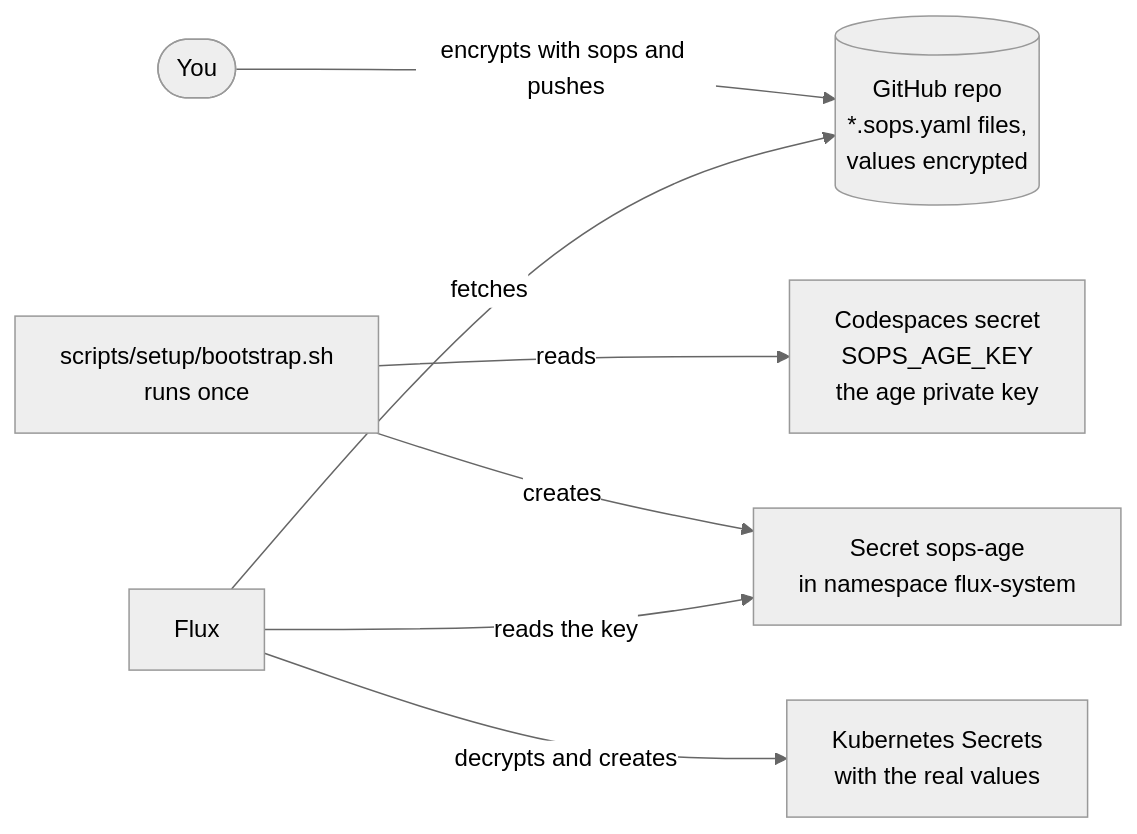
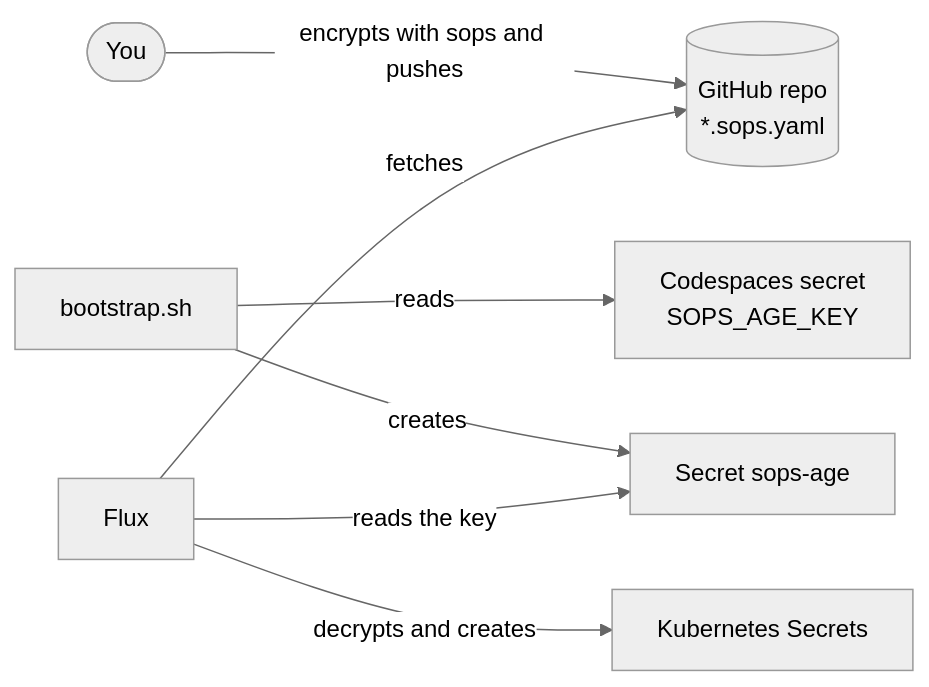
One commit to arsalanahmedzia/openbao-platform changed the second of 4 diagrams in docs/architecture.md. Above: the diagram before and after it, drawn with Mermaid (neutral theme). The commit also changed other lines of this file, not shown here.

Commit message:
Architecture: shorter labels in the diagrams

````diff
--- a/docs/architecture.md
+++ b/docs/architecture.md
@@ -92,17 +92,17 @@
 ```mermaid
 flowchart LR
   you([You])
-  git[(GitHub repo<br/>*.sops.yaml files,<br/>values encrypted)]
-  key[Codespaces secret<br/>SOPS_AGE_KEY<br/>the age private key]
-  boot[scripts/setup/bootstrap.sh<br/>runs once]
-  agesec[Secret sops-age<br/>in namespace flux-system]
+  git[(GitHub repo<br/>*.sops.yaml)]
+  key[Codespaces secret<br/>SOPS_AGE_KEY]
+  boot[bootstrap.sh]
+  agesec[Secret sops-age]
   flux[Flux]
-  out[Kubernetes Secrets<br/>with the real values]
+  out[Kubernetes Secrets]
 
   you -->|"encrypts with sops and pushes"| git
   boot -->|"reads"| key
   boot -->|"creates"| agesec
   flux -->|"fetches"| git
   flux -->|"reads the key"| agesec
   flux -->|"decrypts and creates"| out
 ```
````
